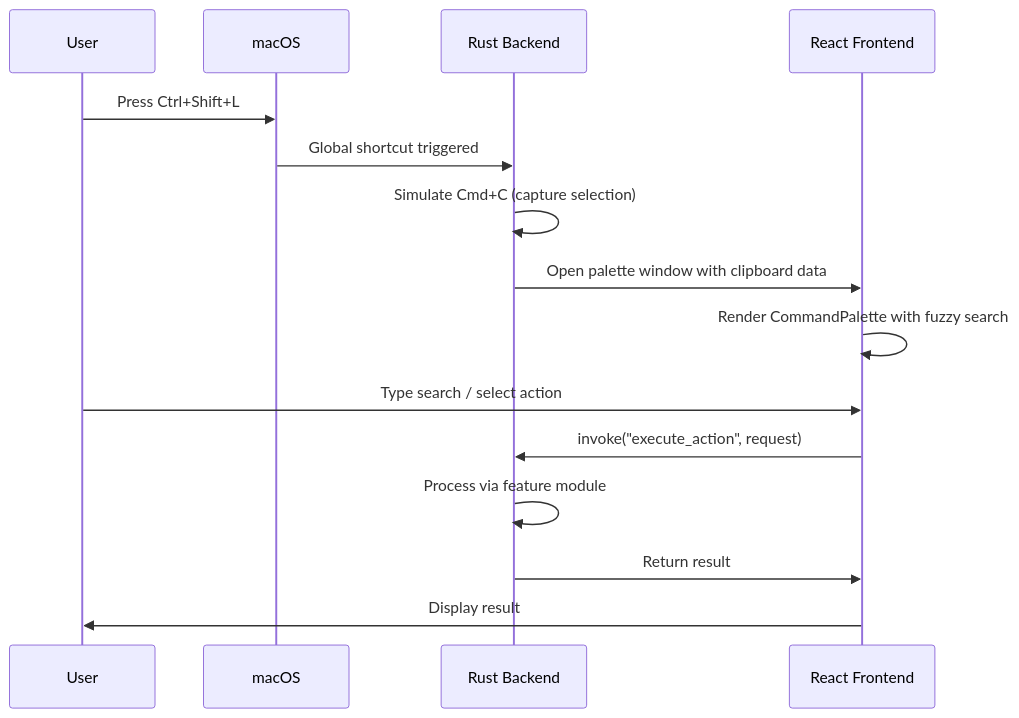
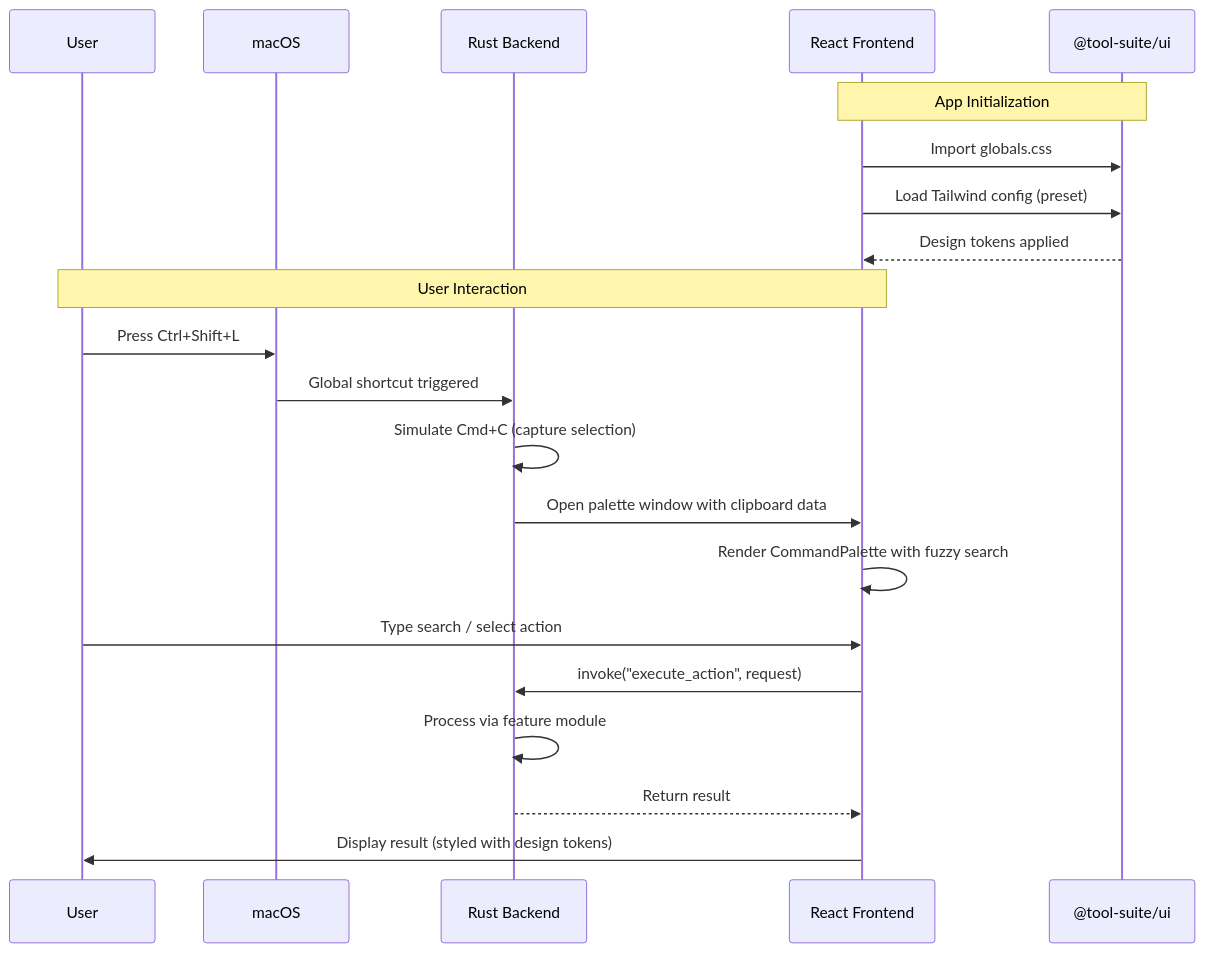
The second of 3 diagrams in ARCHITECTURE.md (Lilit3578/tool-suite-antigravity), drawn with Mermaid before and after one commit. The commit also changed other lines of this file and 9 other files, not shown here.

````diff
--- a/ARCHITECTURE.md
+++ b/ARCHITECTURE.md
@@ -141,18 +154,25 @@
 ```mermaid
 sequenceDiagram
     participant User
     participant macOS
     participant Rust as Rust Backend
     participant React as React Frontend
+    participant UI as @tool-suite/ui
     
+    Note over React,UI: App Initialization
+    React->>UI: Import globals.css
+    React->>UI: Load Tailwind config (preset)
+    UI-->>React: Design tokens applied
+    
+    Note over User,React: User Interaction
     User->>macOS: Press Ctrl+Shift+L
     macOS->>Rust: Global shortcut triggered
     Rust->>Rust: Simulate Cmd+C (capture selection)
     Rust->>React: Open palette window with clipboard data
     React->>React: Render CommandPalette with fuzzy search
     User->>React: Type search / select action
     React->>Rust: invoke("execute_action", request)
     Rust->>Rust: Process via feature module
-    Rust->>React: Return result
-    React->>User: Display result
+    Rust-->>React: Return result
+    React->>User: Display result (styled with design tokens)
 ```
````
